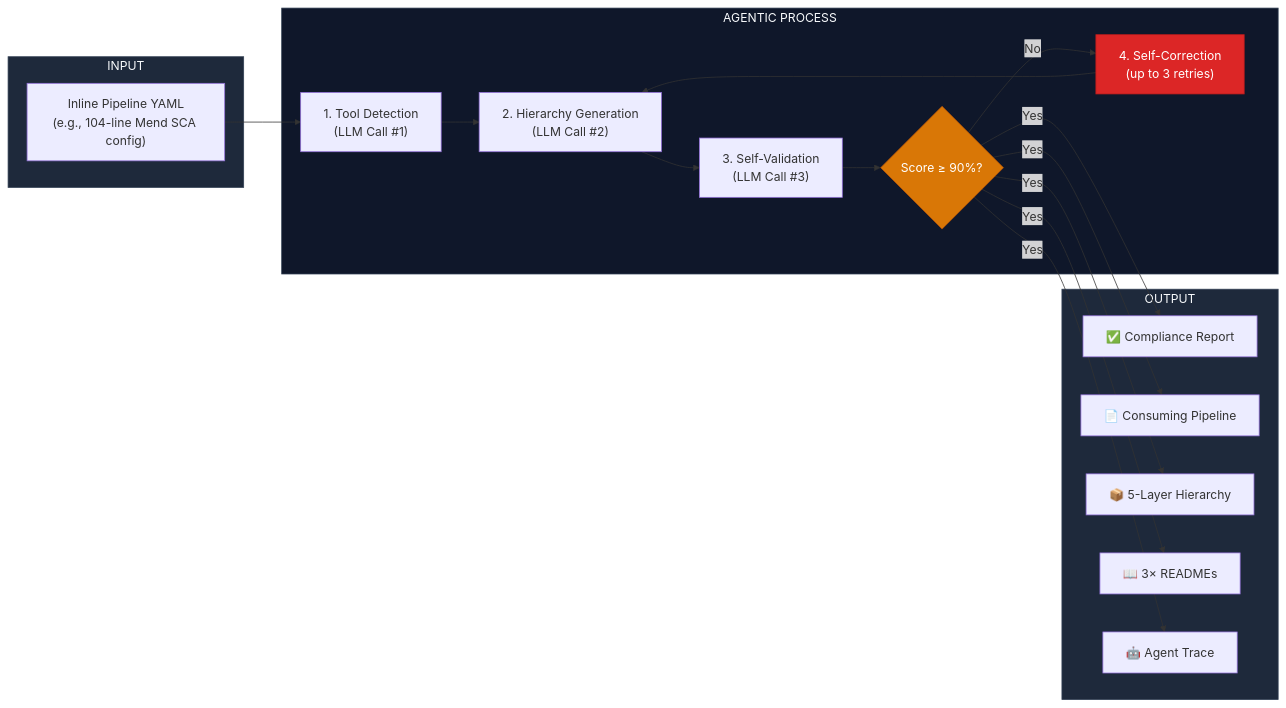
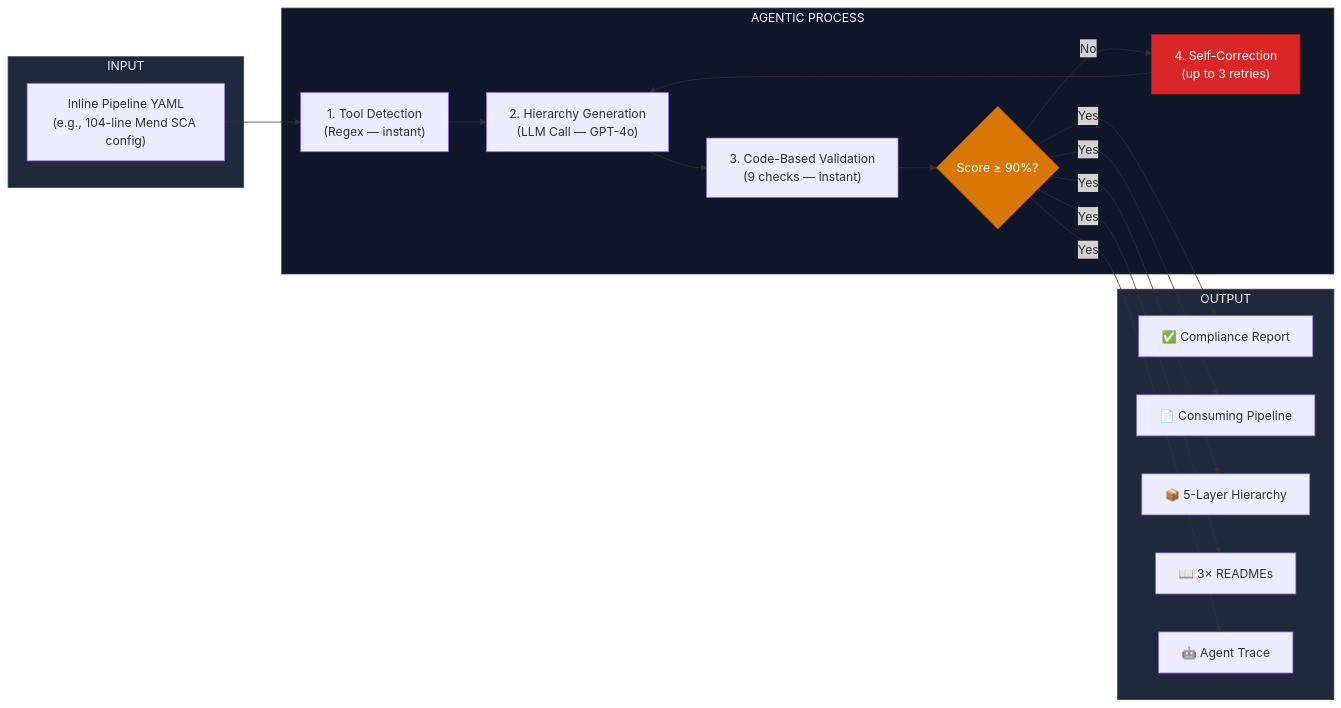
The first of 3 diagrams in README.md (jaywmz/coe-compliance-agent), drawn with Mermaid before and after one commit. The commit also changed other lines of this file and 1 other file, not shown here.

````diff
--- a/README.md
+++ b/README.md
@@ -37,33 +37,33 @@
 ```mermaid
 flowchart LR
     subgraph INPUT
         A["Inline Pipeline YAML\n(e.g., 104-line Mend SCA config)"]
     end
 
     subgraph PROCESS["AGENTIC PROCESS"]
-        B["1. Tool Detection\n(LLM Call #1)"]
-        C["2. Hierarchy Generation\n(LLM Call #2)"]
-        D["3. Self-Validation\n(LLM Call #3)"]
+        B["1. Tool Detection\n(Regex — instant)"]
+        C["2. Hierarchy Generation\n(LLM Call — GPT-4o)"]
+        D["3. Code-Based Validation\n(9 checks — instant)"]
         E{"Score ≥ 90%?"}
         F["4. Self-Correction\n(up to 3 retries)"]
         B --> C --> D --> E
         E -- No --> F --> C
     end
 
     subgraph OUTPUT
         G["✅ Compliance Report"]
         H["📄 Consuming Pipeline"]
         I["📦 5-Layer Hierarchy"]
         J["📖 3× READMEs"]
         K["🤖 Agent Trace"]
     end
 
     A --> B
     E -- Yes --> G & H & I & J & K
 
     style INPUT fill:#1e293b,color:#f8fafc,stroke:#334155
     style PROCESS fill:#0f172a,color:#f8fafc,stroke:#334155
     style OUTPUT fill:#1e293b,color:#f8fafc,stroke:#334155
     style E fill:#d97706,color:#fff,stroke:#b45309
     style F fill:#dc2626,color:#fff,stroke:#b91c1c
 ```
````
